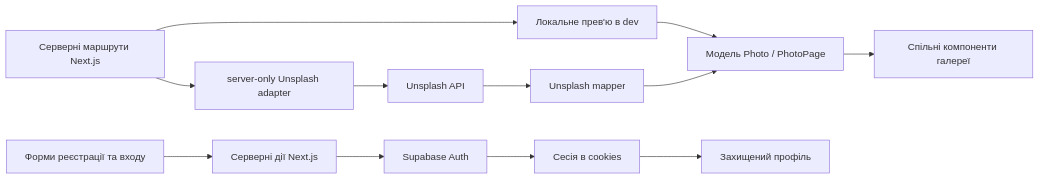
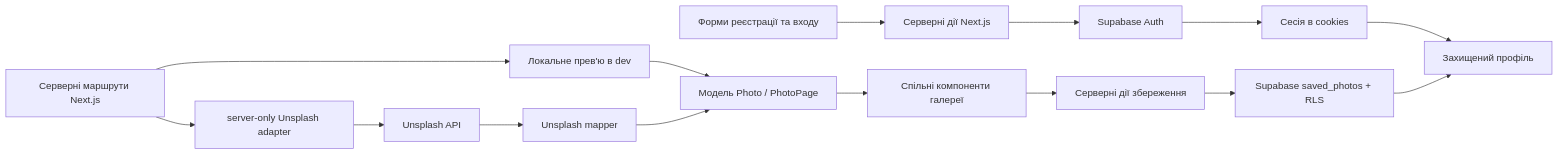
One commit to Shur111k/test-unsplash changed the diagram in README.md. Above: the diagram before and after it, drawn with Mermaid. The commit also changed other lines of this file and 28 other files, not shown here.

Commit message:
feat: add saved photos and deployment setup

````diff
--- a/README.md
+++ b/README.md
@@ -63,14 +67,17 @@
 ```mermaid
 flowchart LR
   UI[Серверні маршрути Next.js] --> Preview[Локальне прев'ю в dev]
   UI --> Server[server-only Unsplash adapter]
   Server --> API[Unsplash API]
   API --> Mapper[Unsplash mapper]
   Preview --> Model[Модель Photo / PhotoPage]
   Mapper --> Model
   Model --> Gallery[Спільні компоненти галереї]
   AuthUI[Форми реєстрації та входу] --> Actions[Серверні дії Next.js]
   Actions --> Supabase[Supabase Auth]
   Supabase --> Session[Сесія в cookies]
   Session --> Profile[Захищений профіль]
+  Gallery --> SaveAction[Серверні дії збереження]
+  SaveAction --> SavedDB[Supabase saved_photos + RLS]
+  SavedDB --> Profile
 ```
````
